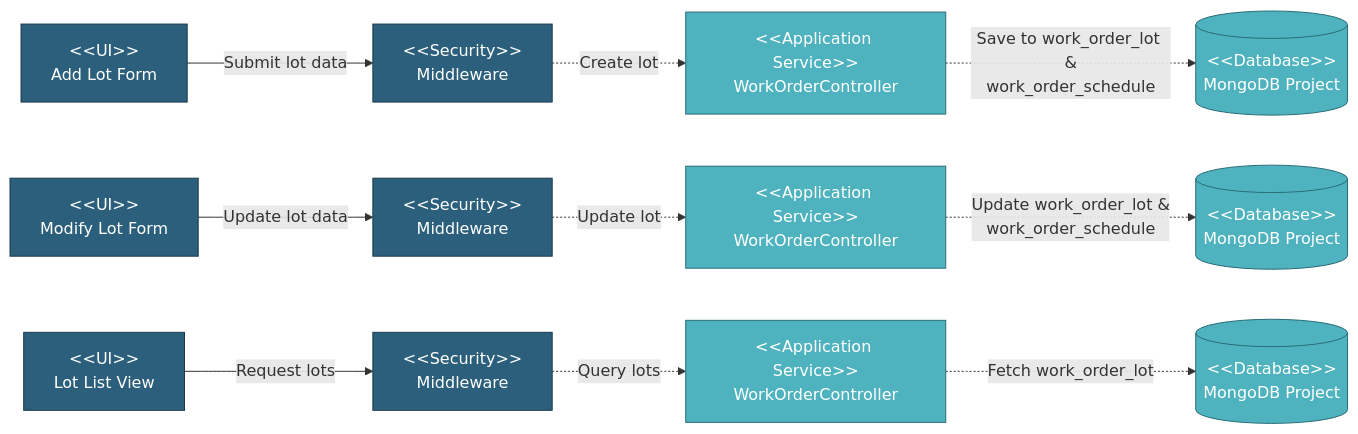
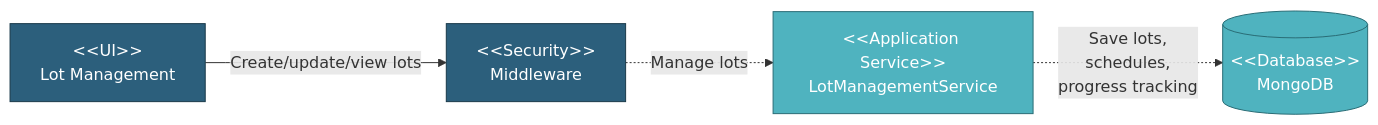
One commit to faizalmuzakki/pipeline-docs changed the diagram in docs/TDD/05-Component-Design/5.4-Work-Order-Module/5.4.5-Lot-Management.md. Above: the diagram before and after it, drawn with Mermaid. The commit also changed other lines of this file and 5 other files, not shown here.

Commit message:
feat: rework work order component design sections

````diff
--- a/docs/TDD/05-Component-Design/5.4-Work-Order-Module/5.4.5-Lot-Management.md
+++ b/docs/TDD/05-Component-Design/5.4-Work-Order-Module/5.4.5-Lot-Management.md
@@ -9,46 +9,16 @@
 ```mermaid
 graph LR
-    UI_ADD["&lt;&lt;UI&gt;&gt;<br/>Add Lot Form"]
-    UI_MODIFY["&lt;&lt;UI&gt;&gt;<br/>Modify Lot Form"]
-    UI_LIST["&lt;&lt;UI&gt;&gt;<br/>Lot List View"]
+    UI_LOT["&lt;&lt;UI&gt;&gt;<br/>Lot Management"]
+    SEC["&lt;&lt;Security&gt;&gt;<br/>Middleware"]
+    LOT_SVC["&lt;&lt;Application Service&gt;&gt;<br/>LotManagementService"]
+    DB[("&lt;&lt;Database&gt;&gt;<br/>MongoDB")]
 
-    SEC1["&lt;&lt;Security&gt;&gt;<br/>Middleware"]
-    SEC2["&lt;&lt;Security&gt;&gt;<br/>Middleware"]
-    SEC3["&lt;&lt;Security&gt;&gt;<br/>Middleware"]
+    UI_LOT -->|Create/update/view lots| SEC
+    SEC -.->|Manage lots| LOT_SVC
+    LOT_SVC -.->|Save lots,<br/>schedules,<br/>progress tracking| DB
 
-    WO_SVC1["&lt;&lt;Application Service&gt;&gt;<br/>WorkOrderController"]
-    WO_SVC2["&lt;&lt;Application Service&gt;&gt;<br/>WorkOrderController"]
-    WO_SVC3["&lt;&lt;Application Service&gt;&gt;<br/>WorkOrderController"]
-
-    DB1[("&lt;&lt;Database&gt;&gt;<br/>MongoDB Project")]
-    DB2[("&lt;&lt;Database&gt;&gt;<br/>MongoDB Project")]
-    DB3[("&lt;&lt;Database&gt;&gt;<br/>MongoDB Project")]
-
-    %% Add Lot Flow
-    UI_ADD -->|Submit lot data| SEC1
-    SEC1 -.->|Create lot| WO_SVC1
-    WO_SVC1 -.->|Save to work_order_lot &<br/>work_order_schedule| DB1
-
-    %% Modify Lot Flow
-    UI_MODIFY -->|Update lot data| SEC2
-    SEC2 -.->|Update lot| WO_SVC2
-    WO_SVC2 -.->|Update work_order_lot &<br/>work_order_schedule| DB2
-
-    %% View Lot Flow
-    UI_LIST -->|Request lots| SEC3
-    SEC3 -.->|Query lots| WO_SVC3
-    WO_SVC3 -.->|Fetch work_order_lot| DB3
-
-    style UI_ADD fill:#2C5F7C,stroke:#1a3a4a,color:#fff
-    style UI_MODIFY fill:#2C5F7C,stroke:#1a3a4a,color:#fff
-    style UI_LIST fill:#2C5F7C,stroke:#1a3a4a,color:#fff
-    style SEC1 fill:#2C5F7C,stroke:#1a3a4a,color:#fff
-    style SEC2 fill:#2C5F7C,stroke:#1a3a4a,color:#fff
-    style SEC3 fill:#2C5F7C,stroke:#1a3a4a,color:#fff
-    style WO_SVC1 fill:#4FB3BF,stroke:#2a6d76,color:#fff
-    style WO_SVC2 fill:#4FB3BF,stroke:#2a6d76,color:#fff
-    style WO_SVC3 fill:#4FB3BF,stroke:#2a6d76,color:#fff
-    style DB1 fill:#4FB3BF,stroke:#2a6d76,color:#fff
-    style DB2 fill:#4FB3BF,stroke:#2a6d76,color:#fff
-    style DB3 fill:#4FB3BF,stroke:#2a6d76,color:#fff
+    style UI_LOT fill:#2C5F7C,stroke:#1a3a4a,color:#fff
+    style SEC fill:#2C5F7C,stroke:#1a3a4a,color:#fff
+    style LOT_SVC fill:#4FB3BF,stroke:#2a6d76,color:#fff
+    style DB fill:#4FB3BF,stroke:#2a6d76,color:#fff
 ```
````
